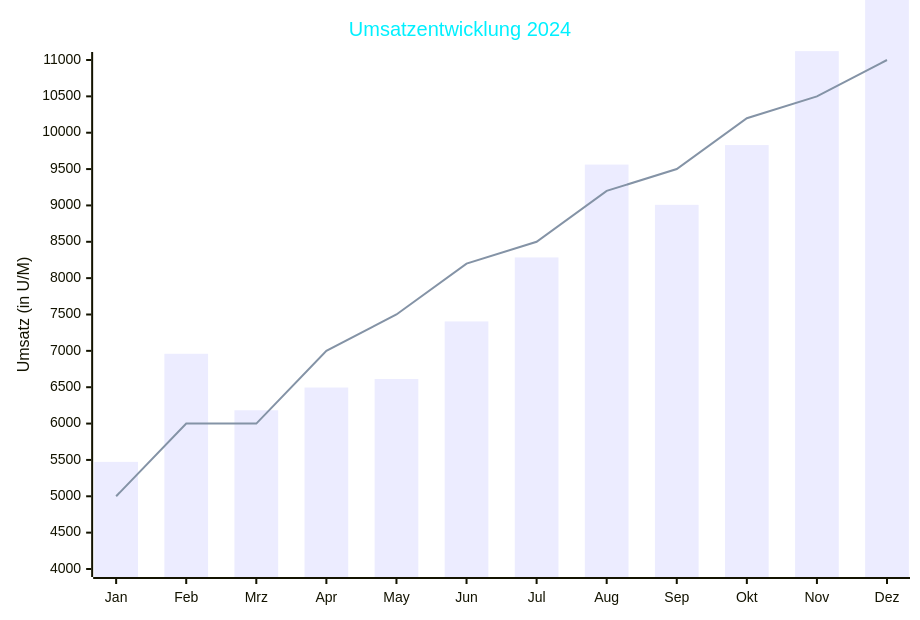
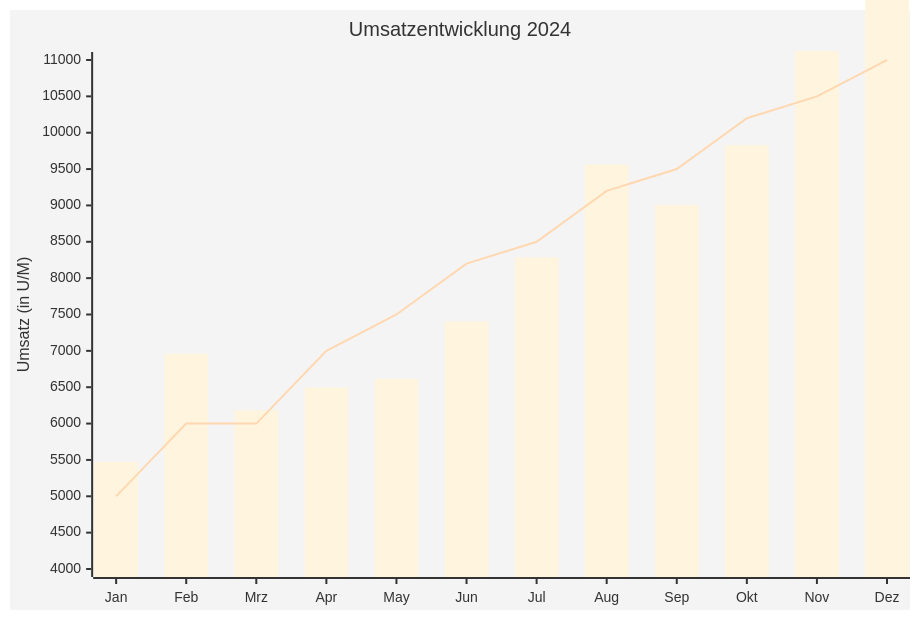
One commit to nevsglueckauf/dcda_projects changed the diagram in Projekt_Smart_WF/umsatzentwicklung.md. Above: the diagram before and after it, drawn with Mermaid. The commit also changed other lines of this file and 2 other files, not shown here.

Commit message:
Changing stuff

````diff
--- a/Projekt_Smart_WF/umsatzentwicklung.md
+++ b/Projekt_Smart_WF/umsatzentwicklung.md
@@ -1,21 +1,20 @@
 ```mermaid
 ---
 config:
-    xyChart:
+  look: handDrawn
+  theme: base
+  xyChart:
         width: 900
         height: 600
-    themeVariables:
-        xyChart:
-            titleFontSize: "32"
-            titleColor: "#00f0ff"
+           
             
             
             
 ---
 xychart-beta
     title "Umsatzentwicklung 2024"
     x-axis [Jan, Feb, Mrz, Apr, May, Jun, Jul, Aug, Sep, Okt, Nov, Dez]
     y-axis "Umsatz (in U/M)" 4000 --> 11000
     bar [5473, 6960, 6183, 6496, 6613, 7405, 8285, 9562, 9008, 9830, 11122, 11947]
     line [5000, 6000, 6000, 7000, 7500, 8200, 8500, 9200, 9500, 10200, 10500, 11000]
 ```
````
